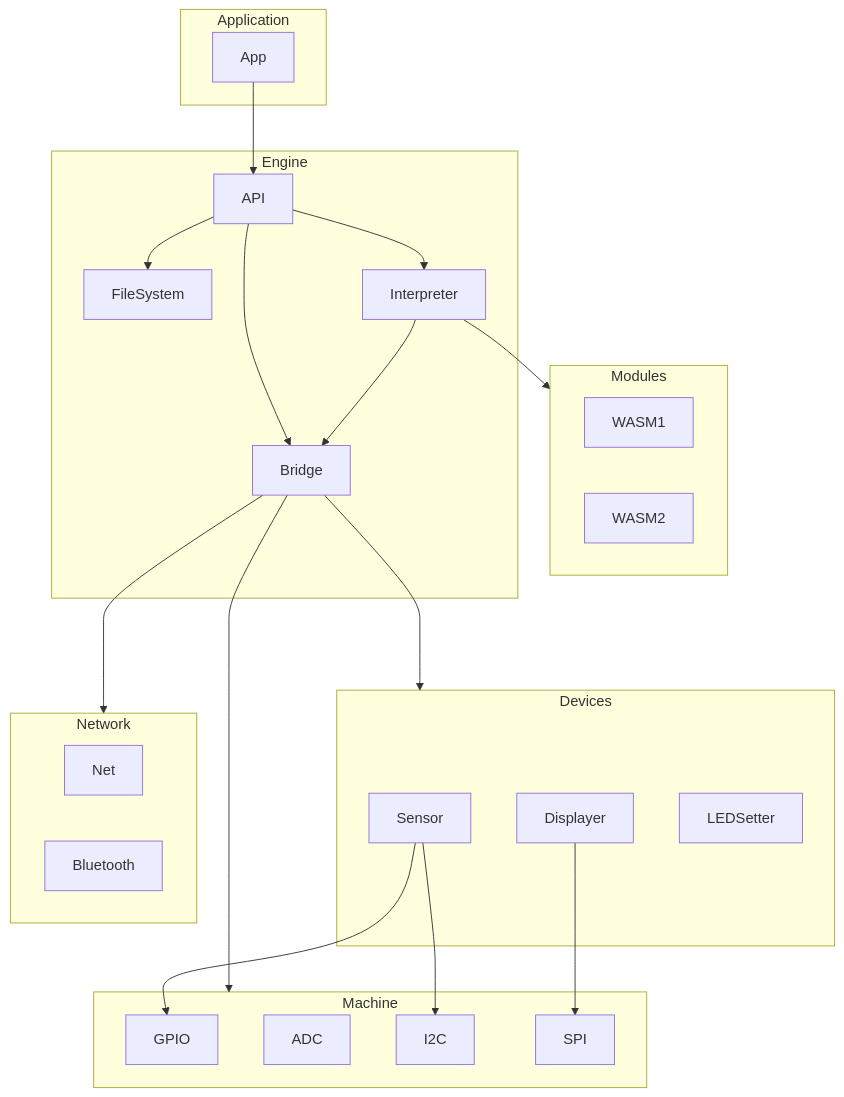
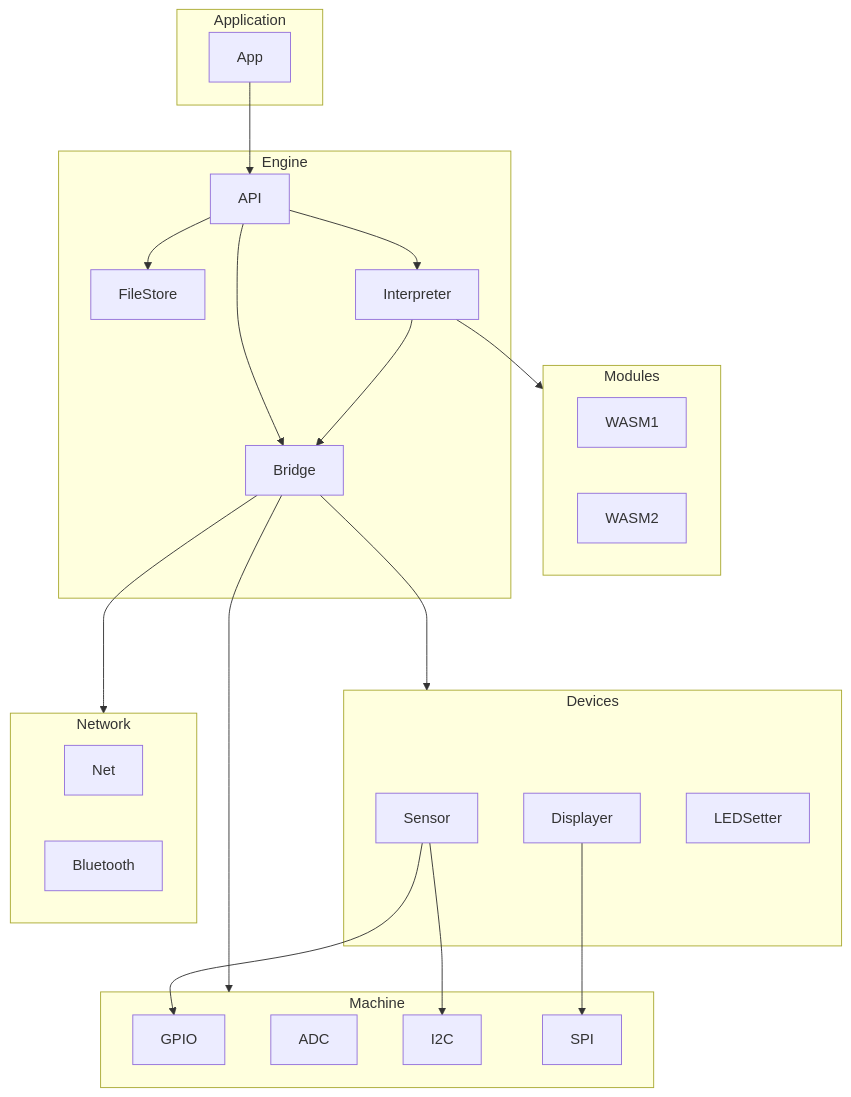
Before and after one commit to hybridgroup/mechanoid: the diagram in README.md, drawn with Mermaid. The commit also changed other lines of this file, not shown here.

````diff
--- a/README.md
+++ b/README.md
@@ -7,43 +60,43 @@
 ```mermaid
 flowchart TD
     subgraph Application
         App
     end
     App-->API
     subgraph Modules
         WASM1
         WASM2
     end
     subgraph Engine
         API
-        FileSystem
+        FileStore
         Interpreter
         Bridge
     end
     API-->Interpreter
-    API-->FileSystem
+    API-->FileStore
     API-->Bridge
     Interpreter-->Modules
     Interpreter-->Bridge
     Bridge--->Machine
     Bridge--->Devices
     Bridge--->Network
     subgraph Devices
         Sensor
         Displayer
         LEDSetter
     end
     subgraph Network
         Net
         Bluetooth
     end
     subgraph Machine
         GPIO
         ADC
         I2C
         SPI
     end
     Displayer-->SPI
     Sensor-->GPIO
     Sensor-->I2C
 ```
````
